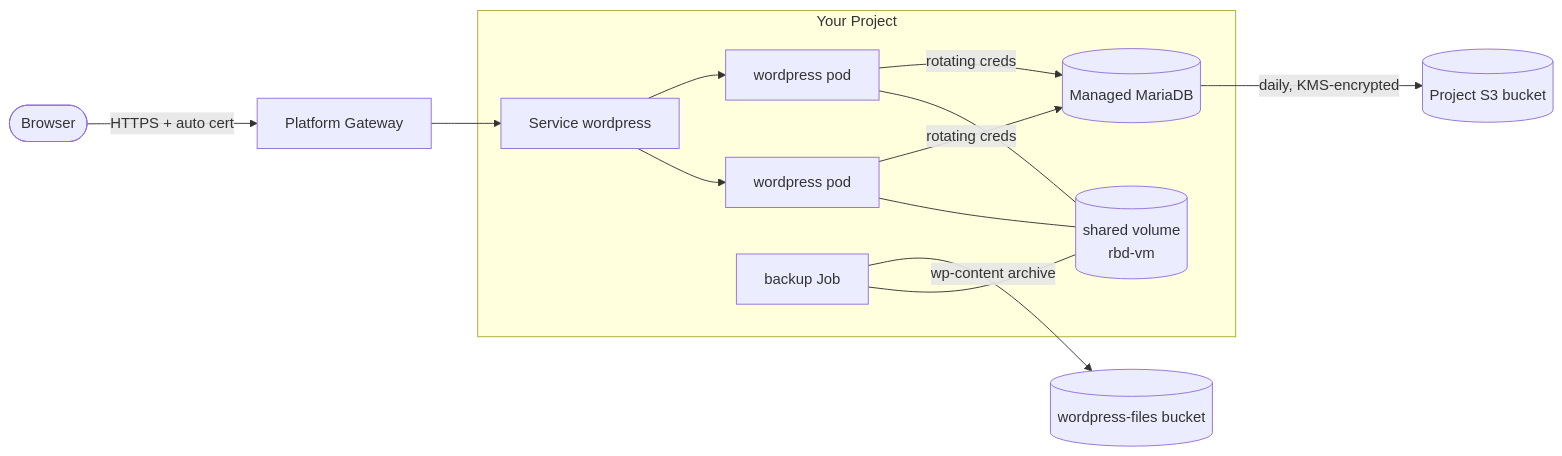
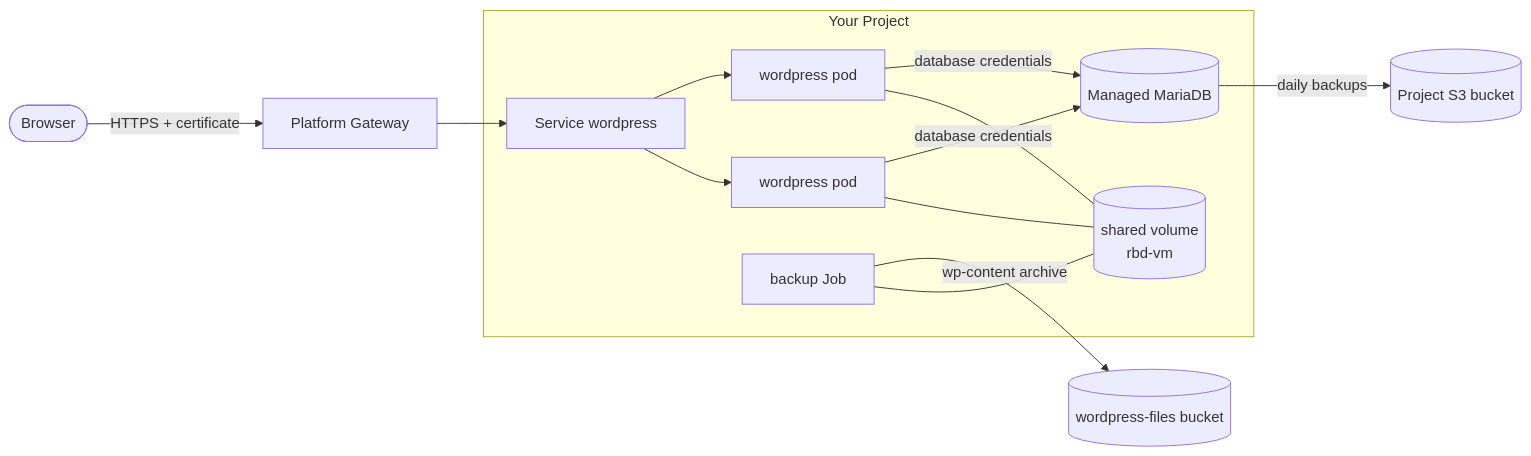
The diagram in docs/cloud/deploy-wordpress-stack.md (kube-dc/kube-dc-public), drawn with Mermaid before and after one commit. The commit also changed other lines of this file and 150 other files, not shown here.

````diff
--- a/docs/cloud/deploy-wordpress-stack.md
+++ b/docs/cloud/deploy-wordpress-stack.md
@@ -13,14 +13,16 @@
 ```mermaid
 flowchart LR
-    U([Browser]) -->|"HTTPS + auto cert"| GW["Platform Gateway"]
+    accTitle: WordPress services in a Kube-DC Project
+    accDescr: Browser traffic enters through the platform Gateway and reaches two WordPress Pods that share storage, managed MariaDB credentials, and Project object storage.
+    U([Browser]) -->|"HTTPS + certificate"| GW["Platform Gateway"]
     GW --> S["Service wordpress"]
     subgraph P["Your Project"]
         S --> W1["wordpress pod"]
         S --> W2["wordpress pod"]
         W1 & W2 --- V[("shared volume<br/>rbd-vm")]
-        W1 & W2 -->|"rotating creds"| DB[("Managed MariaDB")]
+        W1 & W2 -->|"database credentials"| DB[("Managed MariaDB")]
         J["backup Job"] --- V
     end
-    DB -->|"daily, KMS-encrypted"| S3[("Project S3 bucket")]
+    DB -->|"daily backups"| S3[("Project S3 bucket")]
     J -->|"wp-content archive"| S3B[("wordpress-files bucket")]
 ```
````
